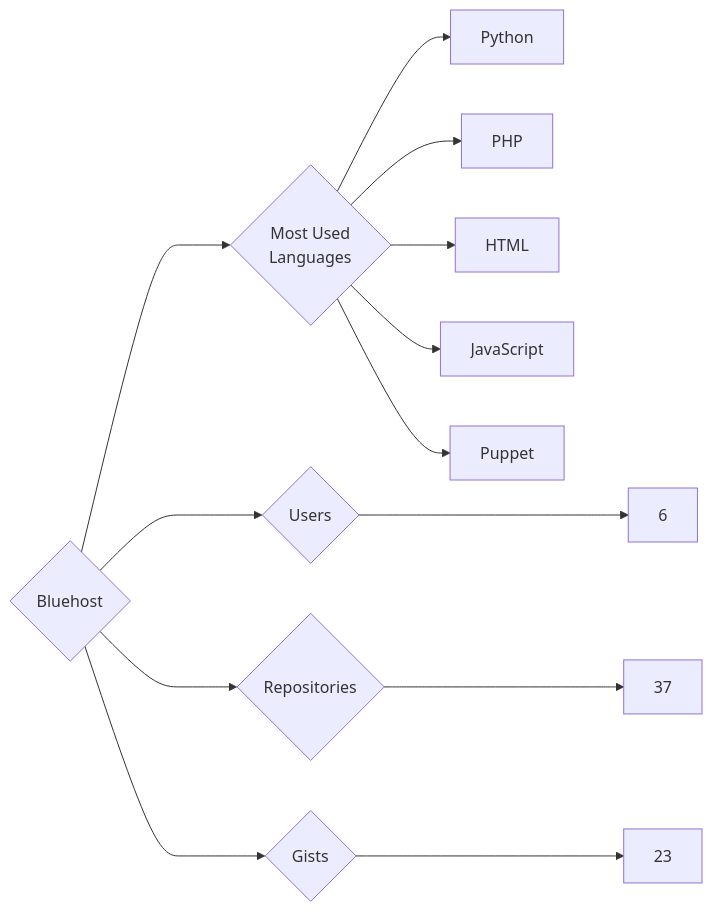
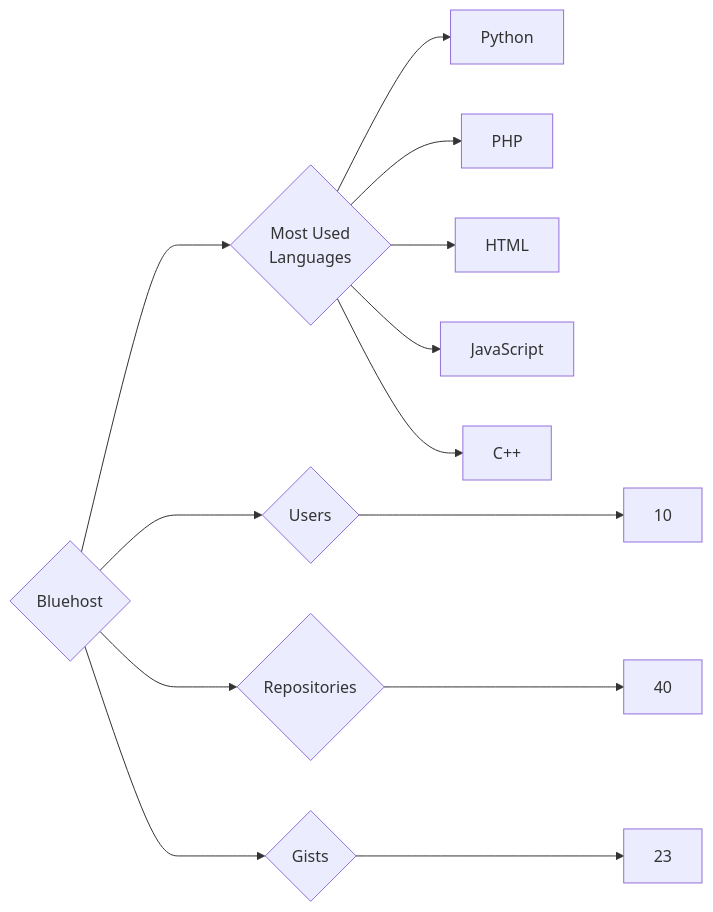
One commit to trickest/insiders changed the diagram in targets/Bluehost/README.md. Above: the diagram before and after it, drawn with Mermaid. The commit also changed 997 other files, not shown here.

````diff
--- a/targets/Bluehost/README.md
+++ b/targets/Bluehost/README.md
@@ -3,13 +3,13 @@
 ```mermaid
 graph LR
 COMPANY_NAME{Bluehost}
-COMPANY_NAME ---> U{Users} ---> UN[6]
-COMPANY_NAME ---> R{Repositories} ---> RN[37]
+COMPANY_NAME ---> U{Users} ---> UN[10]
+COMPANY_NAME ---> R{Repositories} ---> RN[40]
 COMPANY_NAME ---> G{Gists} ---> GN[23]
 COMPANY_NAME ---> ML{Most Used<br>Languages}
 ML --> Python[Python]
 ML --> PHP[PHP]
 ML --> HTML[HTML]
 ML --> JavaScript[JavaScript]
-ML --> Puppet[Puppet]
+ML --> C++[C++]
 ```
````
